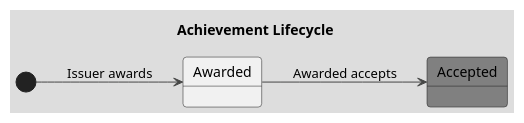
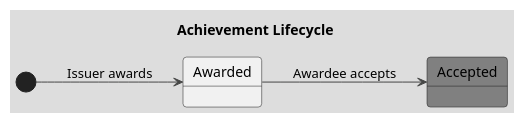
The diagram in puml/StateDiagram-Achievement.puml (en7angled/Decentralized-Belt-System), drawn with PlantUML before and after one commit. The commit also changed 167 other files, not shown here.

```diff
--- a/puml/StateDiagram-Achievement.puml
+++ b/puml/StateDiagram-Achievement.puml
@@ -1,12 +1,12 @@
 @startuml AchievementLifecycle
 title Achievement Lifecycle
 !theme toy
 
 left to right direction
 
 state Accepted #gray
 
 [*] --> Awarded : Issuer awards
-Awarded --> Accepted  : Awarded accepts
+Awarded --> Accepted  : Awardee accepts
 
 @enduml
```
